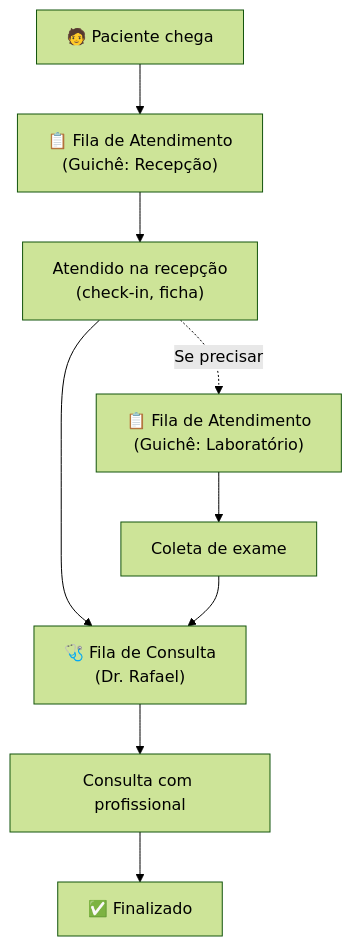
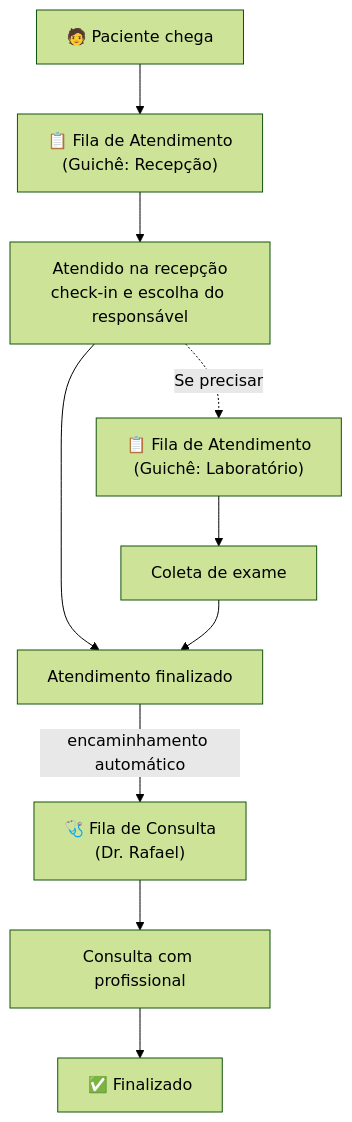
The third of 4 diagrams in entregas/entrega-02.md (aguardai/aguard.ai-web-app), drawn with Mermaid (forest theme) before and after one commit. The commit also changed other lines of this file and 17 other files, not shown here.

Commit message:
feat: initialize database schema with core multi-tenant tables, RLS policies, audit functions, and seed data

````diff
--- a/entregas/entrega-02.md
+++ b/entregas/entrega-02.md
@@ -339,12 +370,13 @@
 ```mermaid
 flowchart TD
     PAC["🧑 Paciente chega"] --> FILA1["📋 Fila de Atendimento<br/>(Guichê: Recepção)"]
-    FILA1 --> RECEP["Atendido na recepção<br/>(check-in, ficha)"]
-    RECEP --> FILA2["🩺 Fila de Consulta<br/>(Dr. Rafael)"]
+    FILA1 --> RECEP["Atendido na recepção<br/>check-in e escolha do responsável"]
+    RECEP --> FIM1["Atendimento finalizado"]
+    FIM1 -->|"encaminhamento automático"| FILA2["🩺 Fila de Consulta<br/>(Dr. Rafael)"]
     FILA2 --> CONSULTA["Consulta com profissional"]
     CONSULTA --> FIM["✅ Finalizado"]
 
     RECEP -.->|"Se precisar"| FILA_LAB["📋 Fila de Atendimento<br/>(Guichê: Laboratório)"]
     FILA_LAB --> COLETA["Coleta de exame"]
-    COLETA --> FILA2
+    COLETA --> FIM1
 ```
````
